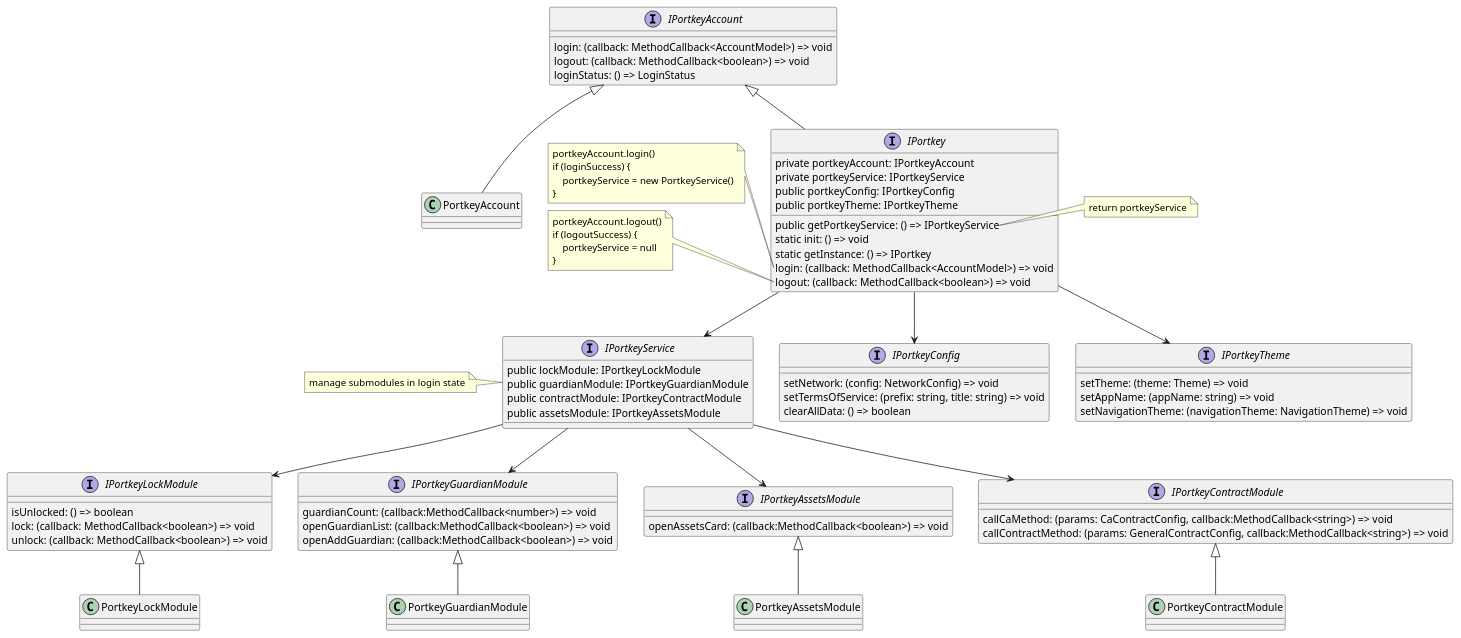
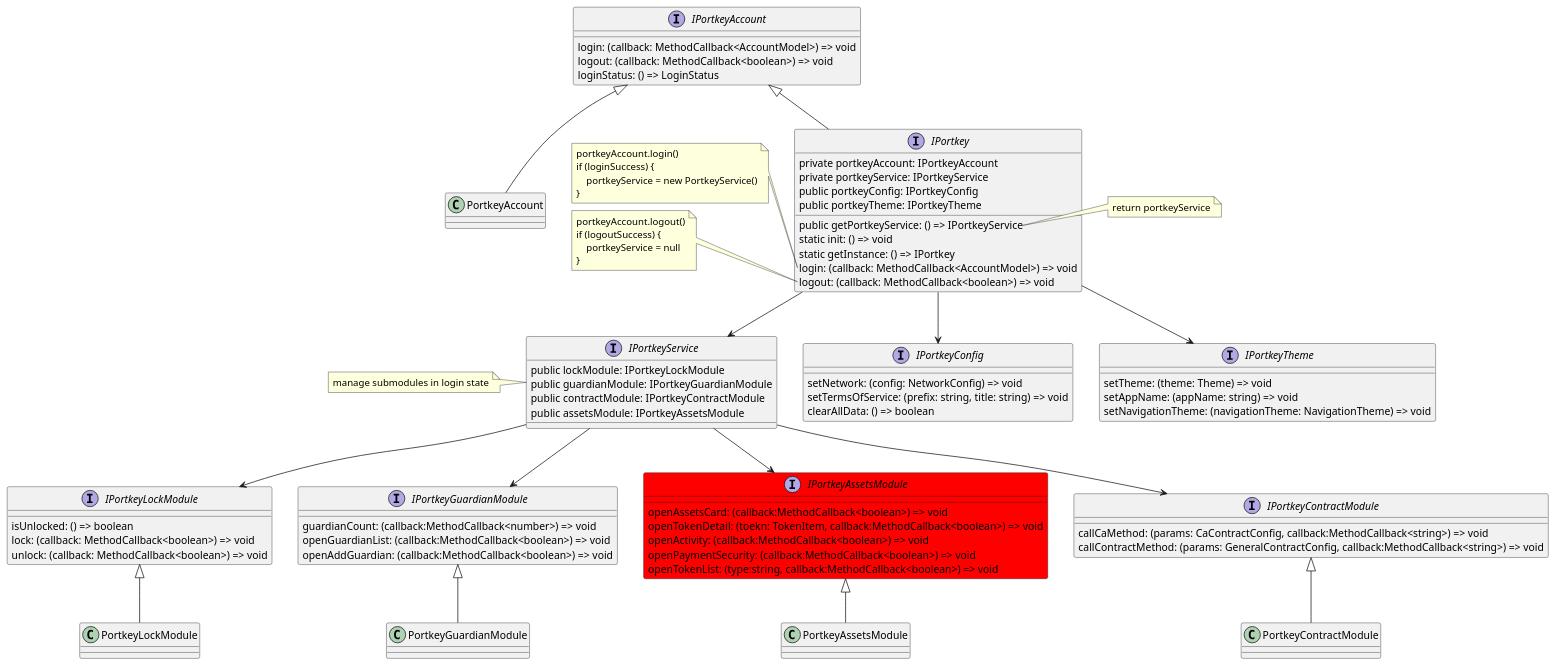
One commit to wade-portkey/portkey-wallet changed the diagram in packages/rn-sdk/uml/ui_module.puml. Above: the diagram before and after it, drawn with PlantUML. The commit also changed 2 other files, not shown here.

Commit message:
feat: update uml

```diff
--- a/packages/rn-sdk/uml/ui_module.puml
+++ b/packages/rn-sdk/uml/ui_module.puml
@@ -1,112 +1,115 @@
 @startuml module
-
 interface IPortkeyAccount {
     login: (callback: MethodCallback<AccountModel>) => void
     logout: (callback: MethodCallback<boolean>) => void
     loginStatus: () => LoginStatus
 }
 
 interface IPortkeyLockModule{
     isUnlocked: () => boolean
     lock: (callback: MethodCallback<boolean>) => void
     unlock: (callback: MethodCallback<boolean>) => void
 }
 
 interface IPortkeyGuardianModule{
     guardianCount: (callback:MethodCallback<number>) => void
     openGuardianList: (callback:MethodCallback<boolean>) => void
     openAddGuardian: (callback:MethodCallback<boolean>) => void
 }
 
-interface IPortkeyAssetsModule{
+interface IPortkeyAssetsModule #Red{
     openAssetsCard: (callback:MethodCallback<boolean>) => void
+    openTokenDetail: (toekn: TokenItem, callback:MethodCallback<boolean>) => void
+    openActivity: (callback:MethodCallback<boolean>) => void
+    openPaymentSecurity: (callback:MethodCallback<boolean>) => void
+    openTokenList: (type:string, callback:MethodCallback<boolean>) => void
 }
 
 interface IPortkeyContractModule {
     callCaMethod: (params: CaContractConfig, callback:MethodCallback<string>) => void
     callContractMethod: (params: GeneralContractConfig, callback:MethodCallback<string>) => void
 }
 
 interface IPortkeyConfig {
     setNetwork: (config: NetworkConfig) => void
     setTermsOfService: (prefix: string, title: string) => void
     clearAllData: () => boolean
 }
 
 interface IPortkeyTheme {
     setTheme: (theme: Theme) => void
     setAppName: (appName: string) => void
     setNavigationTheme: (navigationTheme: NavigationTheme) => void
 }
 
 interface IPortkeyService {
     public lockModule: IPortkeyLockModule
     public guardianModule: IPortkeyGuardianModule
     public contractModule: IPortkeyContractModule
     public assetsModule: IPortkeyAssetsModule
 }
 
 note left of IPortkeyService
     manage submodules in login state
 end note
 
 interface IPortkey implements IPortkeyAccount {
     private portkeyAccount: IPortkeyAccount
     private portkeyService: IPortkeyService
     public getPortkeyService: () => IPortkeyService
     public portkeyConfig: IPortkeyConfig
     public portkeyTheme: IPortkeyTheme
 
     static init: () => void
     static getInstance: () => IPortkey
     login: (callback: MethodCallback<AccountModel>) => void
     logout: (callback: MethodCallback<boolean>) => void
 }
 
 note right of IPortkey::getPortkeyService
     return portkeyService
 end note
 
 note left of IPortkey::login
     portkeyAccount.login()
     if (loginSuccess) {
         portkeyService = new PortkeyService()
     }
 end note
 
 note left of IPortkey::logout
     portkeyAccount.logout()
     if (logoutSuccess) {
         portkeyService = null
     }
 end note
 
 class PortkeyAccount extends IPortkeyAccount{
     
 }
 
 class PortkeyLockModule extends IPortkeyLockModule{
     
 }
 
 class PortkeyGuardianModule extends IPortkeyGuardianModule{
     
 }
 
 class PortkeyAssetsModule extends IPortkeyAssetsModule{
     
 }
 
 class PortkeyContractModule extends IPortkeyContractModule{
     
 }
 
 IPortkeyService --> IPortkeyLockModule
 IPortkeyService --> IPortkeyGuardianModule
 IPortkeyService --> IPortkeyContractModule
 IPortkeyService --> IPortkeyAssetsModule
 IPortkey --> IPortkeyService
 IPortkey --> IPortkeyConfig
 IPortkey --> IPortkeyTheme
 
 @enduml
```
